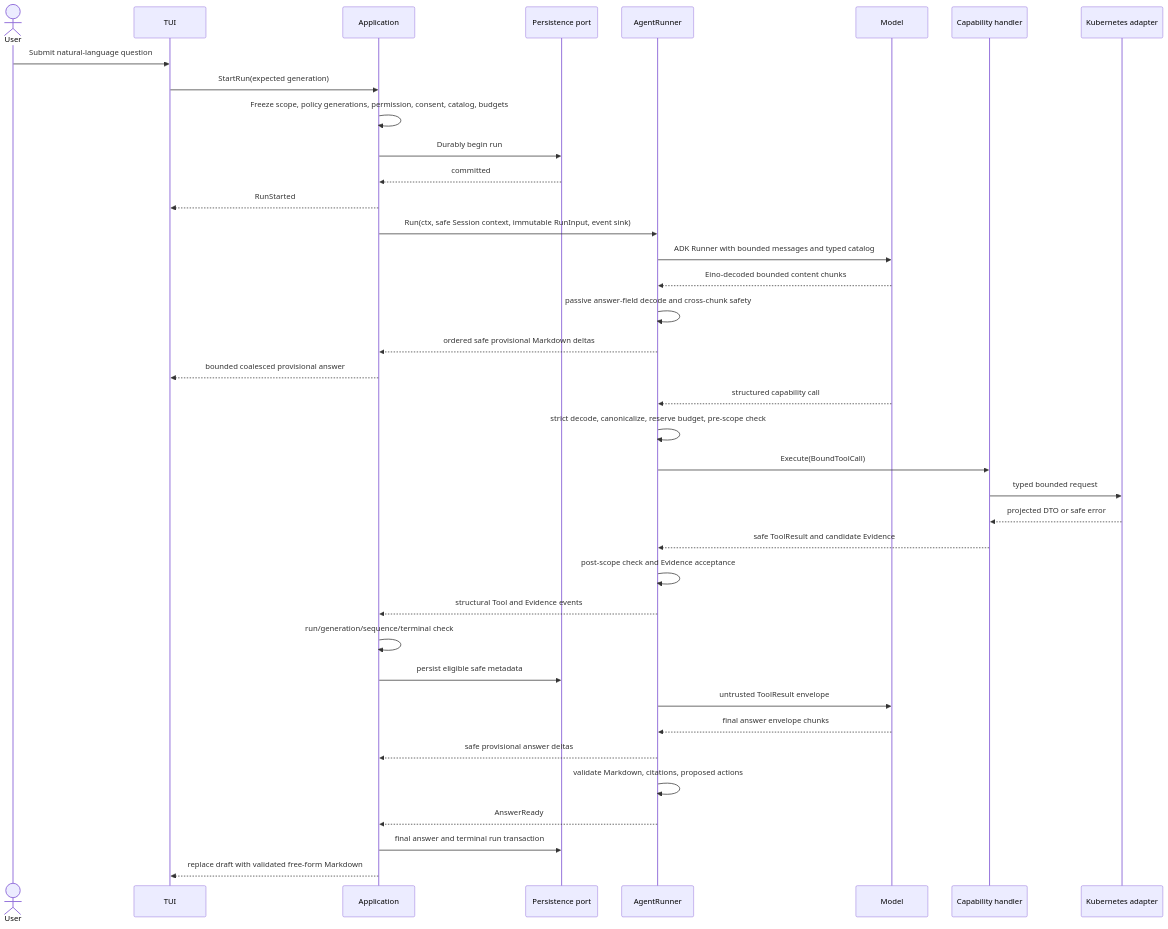
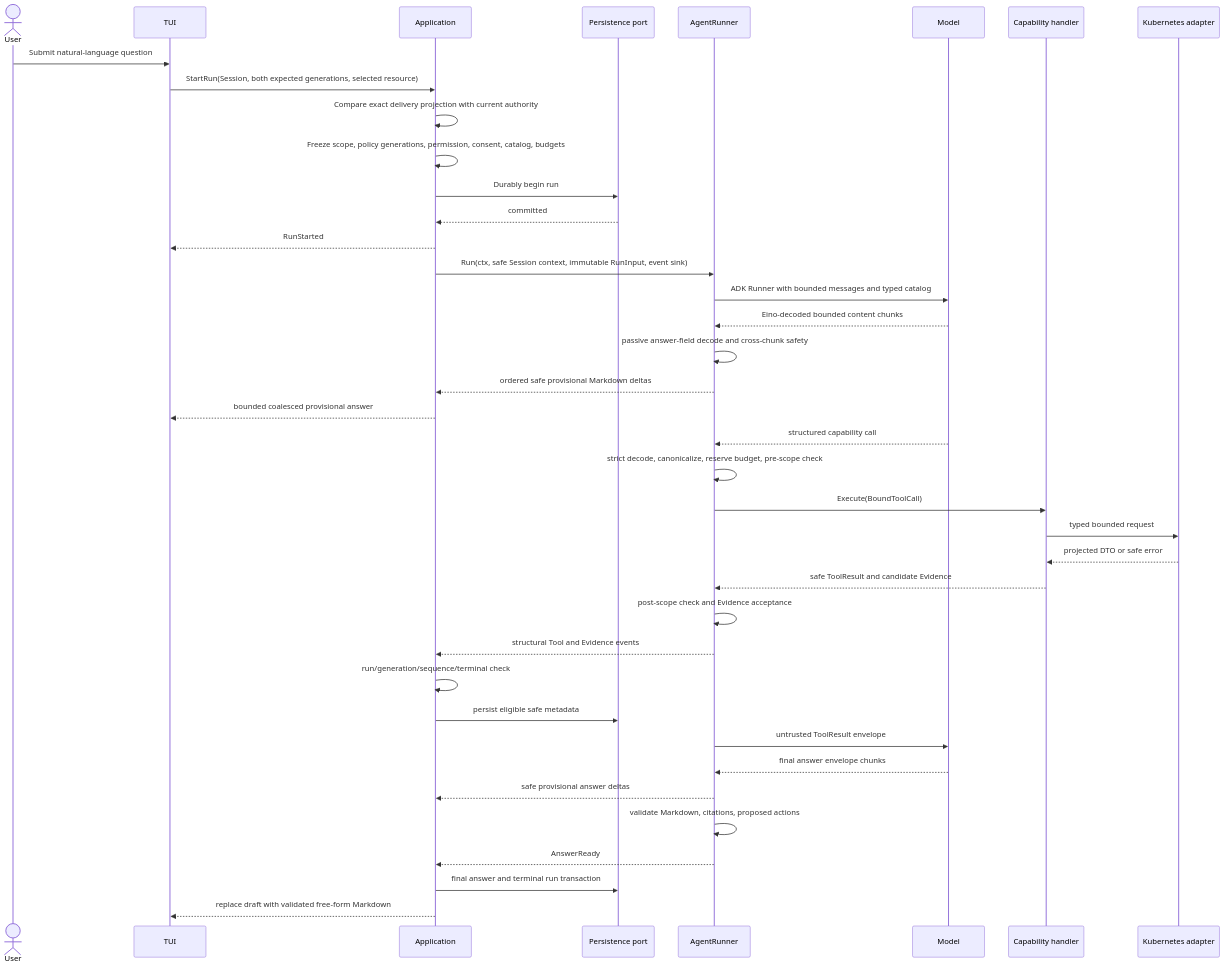
Before and after one commit to imbrooklyn/kupilot: the third of 3 diagrams in docs/architecture.md, drawn with Mermaid. The commit also changed other lines of this file and 166 other files, not shown here.

````diff
--- a/docs/architecture.md
+++ b/docs/architecture.md
@@ -214,41 +218,42 @@
 ```mermaid
 sequenceDiagram
     actor User
     participant TUI
     participant App as Application
     participant Store as Persistence port
     participant Agent as AgentRunner
     participant Model
     participant Tool as Capability handler
     participant Kube as Kubernetes adapter
 
     User->>TUI: Submit natural-language question
-    TUI->>App: StartRun(expected generation)
+    TUI->>App: StartRun(Session, both expected generations, selected resource)
+    App->>App: Compare exact delivery projection with current authority
     App->>App: Freeze scope, policy generations, permission, consent, catalog, budgets
     App->>Store: Durably begin run
     Store-->>App: committed
     App-->>TUI: RunStarted
     App->>Agent: Run(ctx, safe Session context, immutable RunInput, event sink)
     Agent->>Model: ADK Runner with bounded messages and typed catalog
     Model-->>Agent: Eino-decoded bounded content chunks
     Agent->>Agent: passive answer-field decode and cross-chunk safety
     Agent-->>App: ordered safe provisional Markdown deltas
     App-->>TUI: bounded coalesced provisional answer
     Model-->>Agent: structured capability call
     Agent->>Agent: strict decode, canonicalize, reserve budget, pre-scope check
     Agent->>Tool: Execute(BoundToolCall)
     Tool->>Kube: typed bounded request
     Kube-->>Tool: projected DTO or safe error
     Tool-->>Agent: safe ToolResult and candidate Evidence
     Agent->>Agent: post-scope check and Evidence acceptance
     Agent-->>App: structural Tool and Evidence events
     App->>App: run/generation/sequence/terminal check
     App->>Store: persist eligible safe metadata
     Agent->>Model: untrusted ToolResult envelope
     Model-->>Agent: final answer envelope chunks
     Agent-->>App: safe provisional answer deltas
     Agent->>Agent: validate Markdown, citations, proposed actions
     Agent-->>App: AnswerReady
     App->>Store: final answer and terminal run transaction
     App-->>TUI: replace draft with validated free-form Markdown
 ```
````
